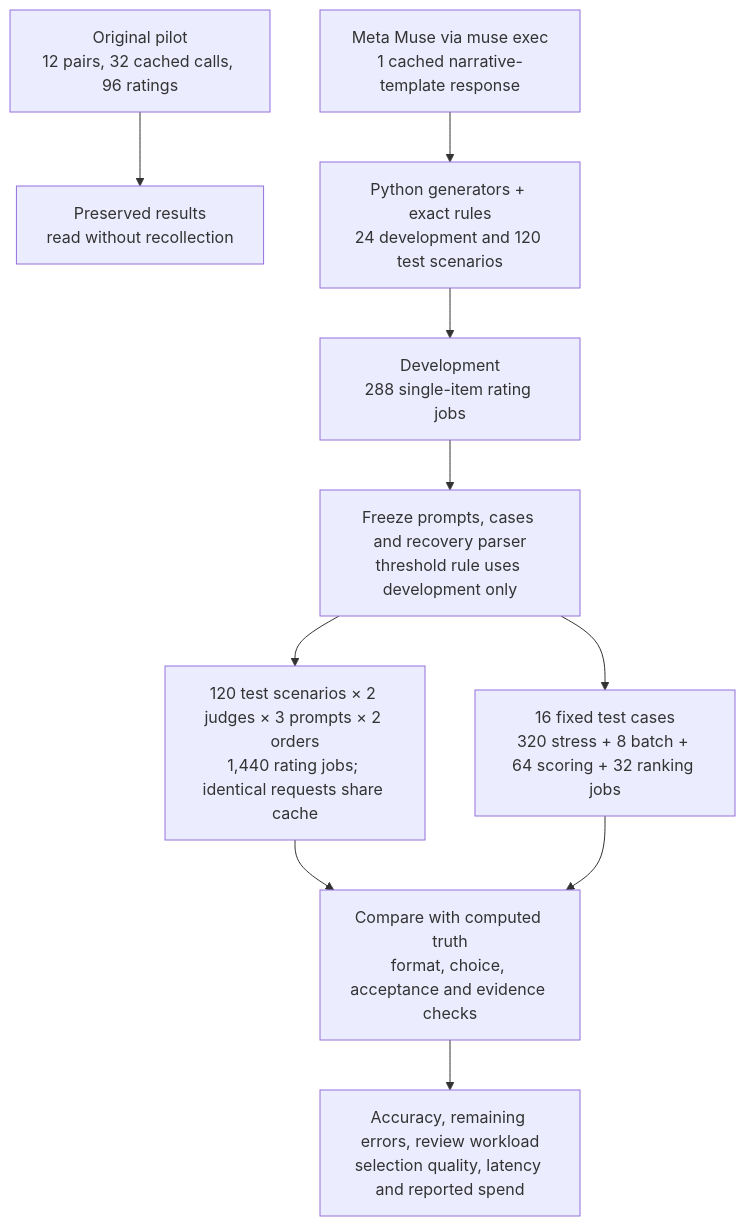
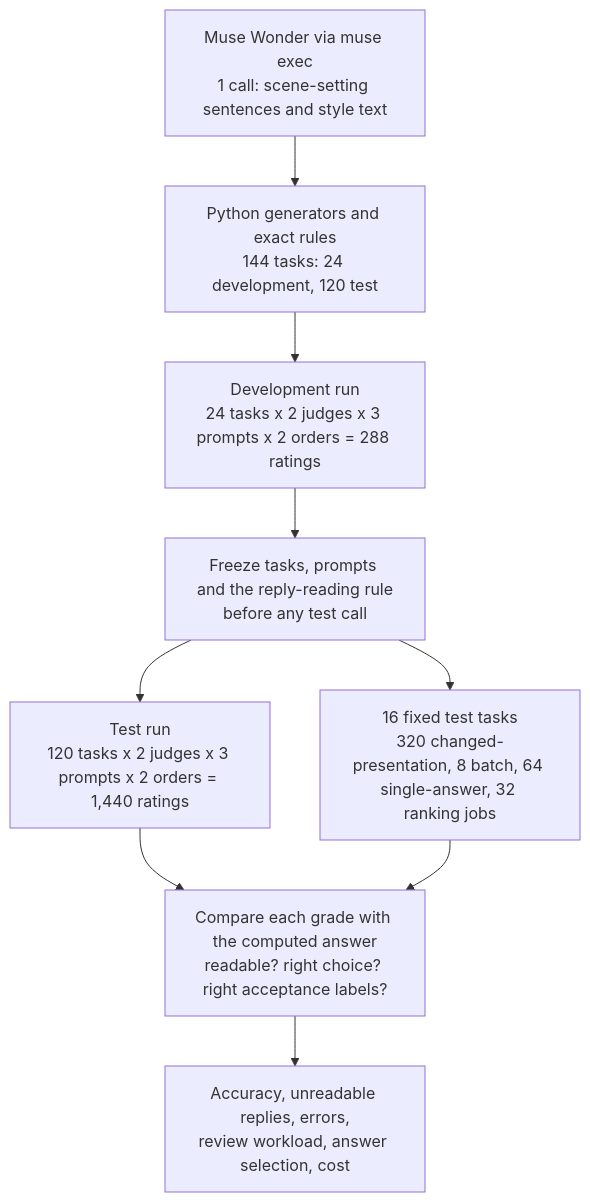
One commit to k-sandhu/experiment-notebooks changed the first of 2 diagrams in notebooks/11-llm-judges/README.md. Above: the diagram before and after it, drawn with Mermaid. The commit also changed other lines of this file and 3 other files, not shown here.

First line of the commit message:
Rewrite notebook 11 README and narrative to the new writing rules

````diff
--- a/notebooks/11-llm-judges/README.md
+++ b/notebooks/11-llm-judges/README.md
@@ -53,12 +136,12 @@
 ```mermaid
 flowchart TD
-    old["Original pilot<br/>12 pairs, 32 cached calls, 96 ratings"] --> oldout["Preserved results<br/>read without recollection"]
-    author["Meta Muse via muse exec<br/>1 cached narrative-template response"] --> data["Python generators + exact rules<br/>24 development and 120 test scenarios"]
-    data --> dev["Development<br/>288 single-item rating jobs"]
-    dev --> freeze["Freeze prompts, cases and recovery parser<br/>threshold rule uses development only"]
-    freeze --> main["120 test scenarios × 2 judges × 3 prompts × 2 orders<br/>1,440 rating jobs; identical requests share cache"]
-    freeze --> stress["16 fixed test cases<br/>320 stress + 8 batch + 64 scoring + 32 ranking jobs"]
-    main --> score["Compare with computed truth<br/>format, choice, acceptance and evidence checks"]
-    stress --> score
-    score --> result["Accuracy, remaining errors, review workload<br/>selection quality, latency and reported spend"]
+    gen["Python generators and exact rules<br/>144 tasks: 24 development, 120 test"] --> dev
+    muse["Muse Wonder via muse exec<br/>1 call: scene-setting sentences and style text"] --> gen
+    dev["Development run<br/>24 tasks x 2 judges x 3 prompts x 2 orders = 288 ratings"] --> freeze
+    freeze["Freeze tasks, prompts and the reply-reading rule<br/>before any test call"] --> test
+    freeze --> stress
+    test["Test run<br/>120 tasks x 2 judges x 3 prompts x 2 orders = 1,440 ratings"] --> score
+    stress["16 fixed test tasks<br/>320 changed-presentation, 8 batch, 64 single-answer, 32 ranking jobs"] --> score
+    score["Compare each grade with the computed answer<br/>readable? right choice? right acceptance labels?"] --> out
+    out["Accuracy, unreadable replies, errors,<br/>review workload, answer selection, cost"]
 ```
````
